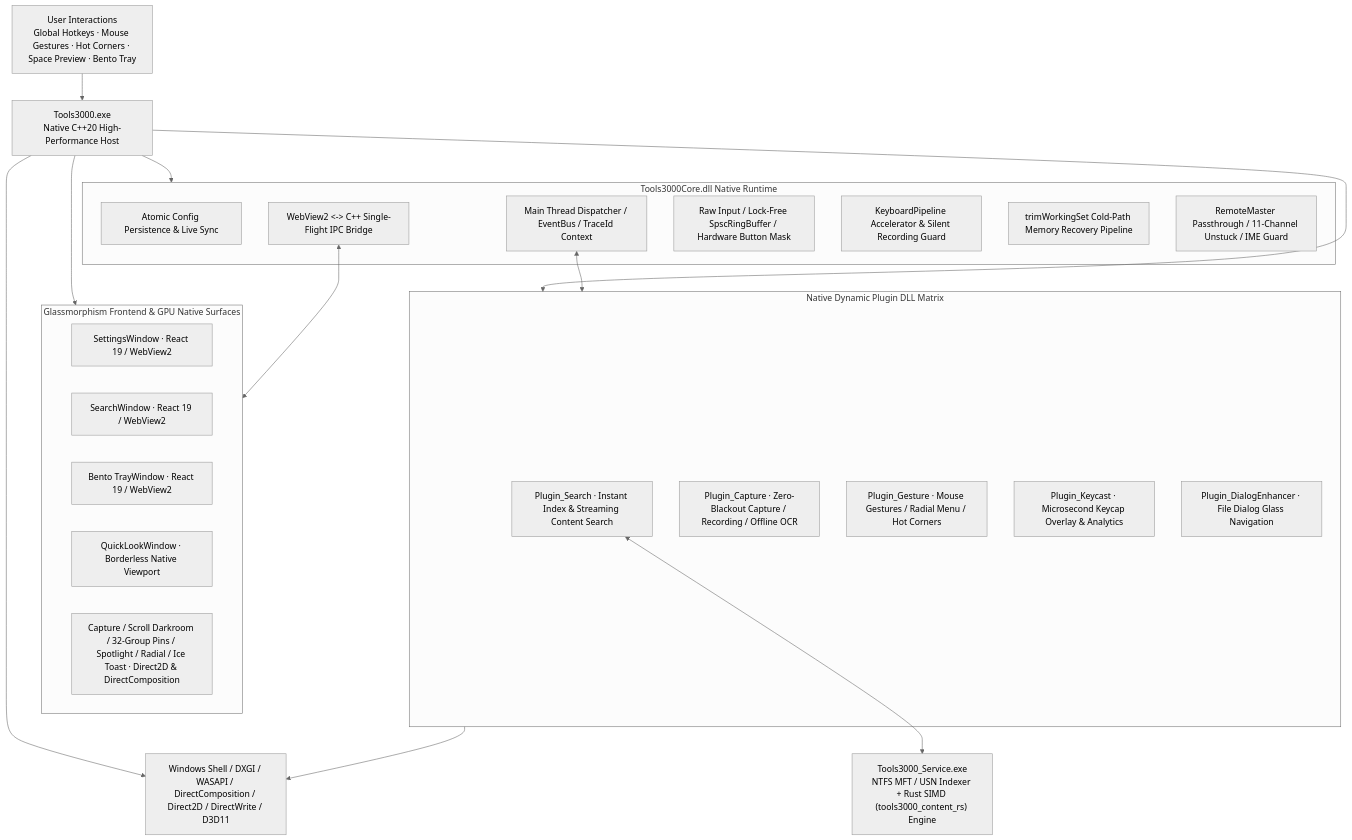
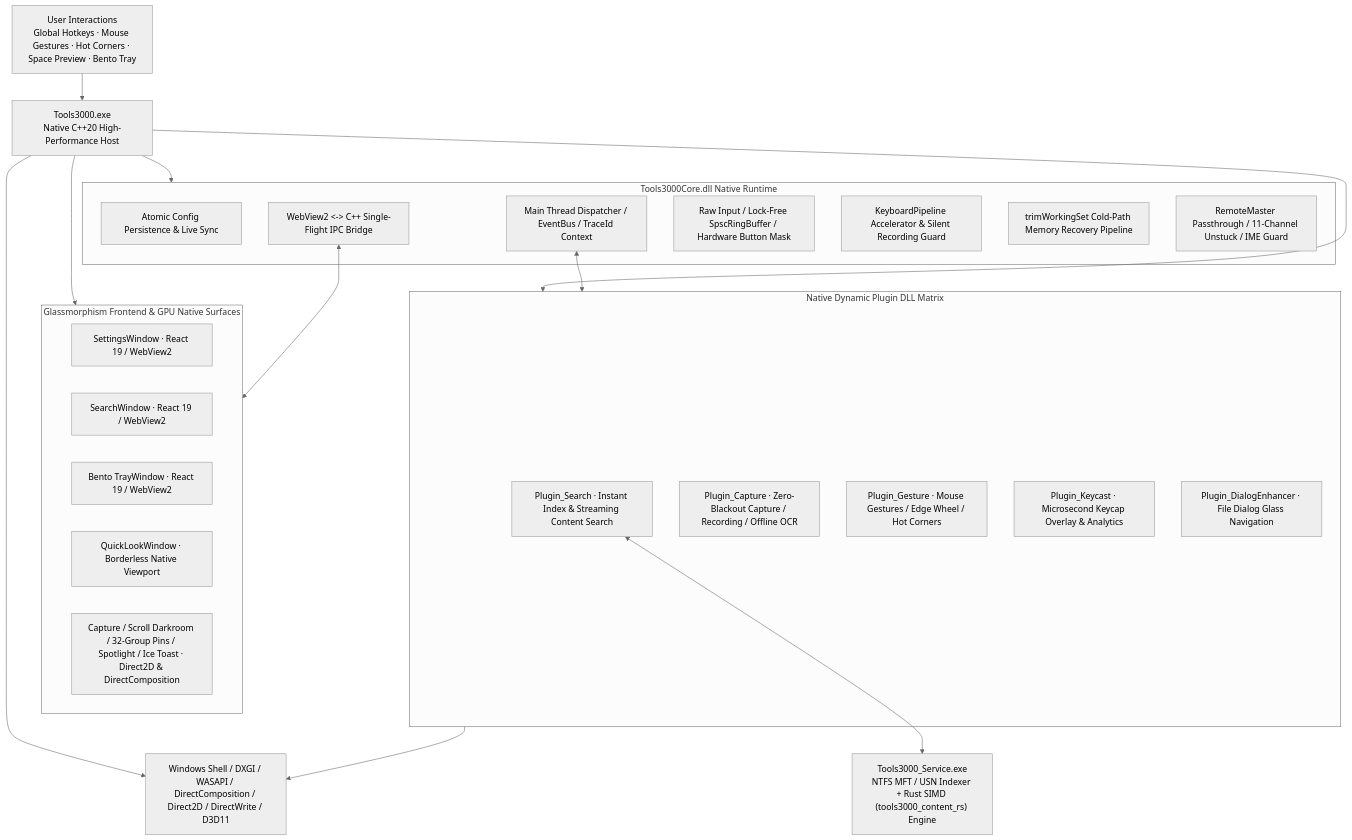
One commit to yuan278501381/Tools3000 changed the diagram in README.en.md. Above: the diagram before and after it, drawn with Mermaid (neutral theme). The commit also changed other lines of this file and 219 other files, not shown here.

First line of the commit message:
完成全栈深度审计加固、放大镜默认虚线方案及双语实机场景展示图与文档脱敏同步

````diff
--- a/README.en.md
+++ b/README.en.md
@@ -187,39 +249,39 @@
 ```mermaid
 flowchart TB
     User["User Interactions<br/>Global Hotkeys · Mouse Gestures · Hot Corners · Space Preview · Bento Tray"] --> Host["Tools3000.exe<br/>Native C++20 High-Performance Host"]
 
     subgraph Core["Tools3000Core.dll Native Runtime"]
         Config["Atomic Config Persistence & Live Sync"]
         Dispatch["Main Thread Dispatcher / EventBus / TraceId Context"]
         Bridge["WebView2 <-> C++ Single-Flight IPC Bridge"]
         Input["Raw Input / Lock-Free SpscRingBuffer / Hardware Button Mask"]
         Pipeline["KeyboardPipeline Accelerator & Silent Recording Guard"]
         Trim["trimWorkingSet Cold-Path Memory Recovery Pipeline"]
         Remote["RemoteMaster Passthrough / 11-Channel Unstuck / IME Guard"]
     end
 
     subgraph UI["Glassmorphism Frontend & GPU Native Surfaces"]
         Settings["SettingsWindow · React 19 / WebView2"]
         SearchUI["SearchWindow · React 19 / WebView2"]
         Tray["Bento TrayWindow · React 19 / WebView2"]
         QuickLook["QuickLookWindow · Borderless Native Viewport"]
-        Overlays["Capture / Scroll Darkroom / 32-Group Pins / Spotlight / Radial / Ice Toast · Direct2D & DirectComposition"]
+        Overlays["Capture / Scroll Darkroom / 32-Group Pins / Spotlight / Ice Toast · Direct2D & DirectComposition"]
     end
 
     subgraph Plugins["Native Dynamic Plugin DLL Matrix"]
         Search["Plugin_Search · Instant Index & Streaming Content Search"]
         Capture["Plugin_Capture · Zero-Blackout Capture / Recording / Offline OCR"]
-        Gesture["Plugin_Gesture · Mouse Gestures / Radial Menu / Hot Corners"]
+        Gesture["Plugin_Gesture · Mouse Gestures / Edge Wheel / Hot Corners"]
         Keycast["Plugin_Keycast · Microsecond Keycap Overlay & Analytics"]
         Dialog["Plugin_DialogEnhancer · File Dialog Glass Navigation"]
     end
 
     Host --> Core
     Host --> UI
     Host --> Plugins
     Bridge <--> UI
     Dispatch <--> Plugins
     Search <--> Service["Tools3000_Service.exe<br/>NTFS MFT / USN Indexer + Rust SIMD (tools3000_content_rs) Engine"]
     Host --> WinAPI["Windows Shell / DXGI / WASAPI / DirectComposition / Direct2D / DirectWrite / D3D11"]
     Plugins --> WinAPI
 ```
````
